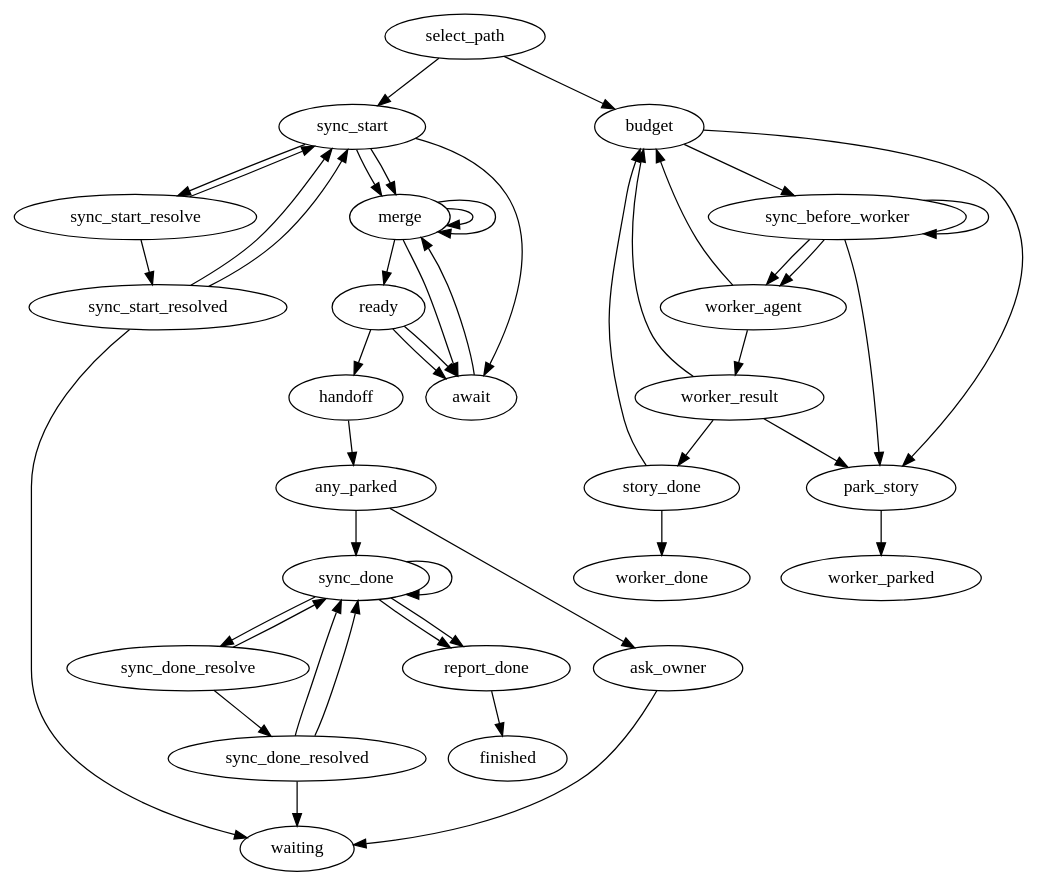
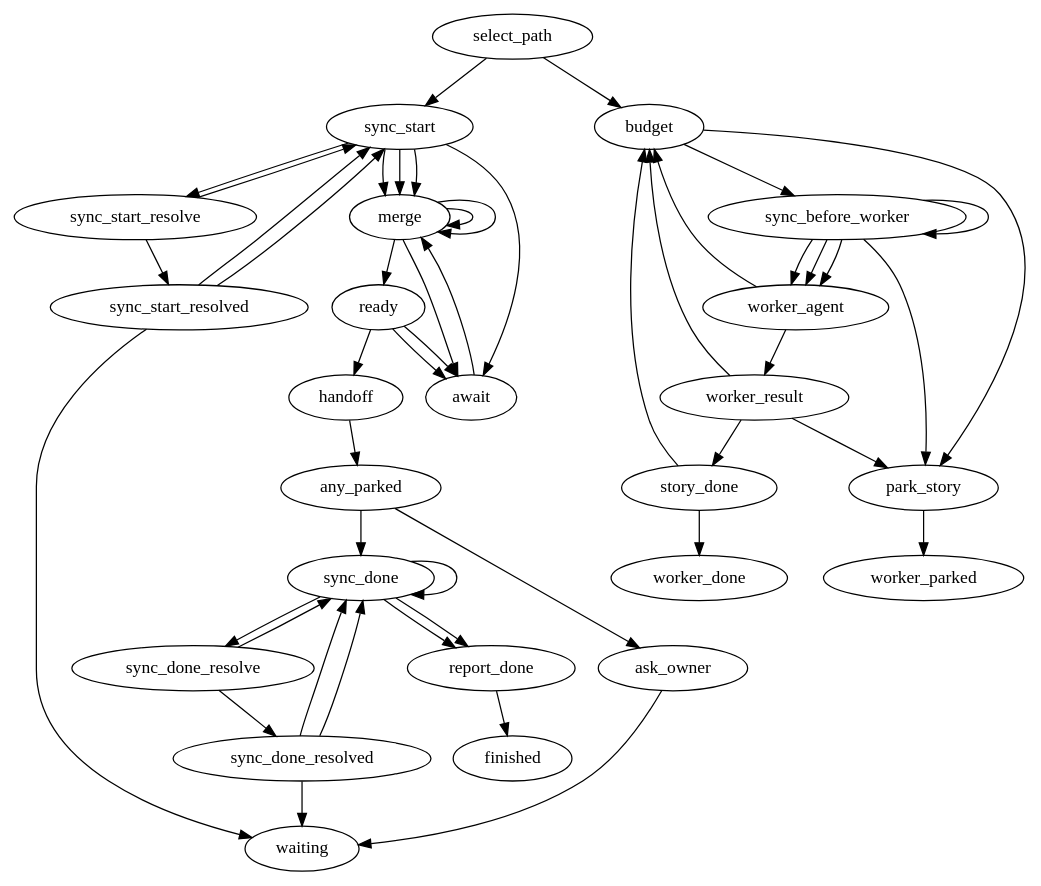
The diagram in internal/teamsource/implement/implement.dot (marioatcloudvane/litefactory), drawn with Graphviz before and after one commit. The commit also changed 88 other files, not shown here.

```diff
--- a/internal/teamsource/implement/implement.dot
+++ b/internal/teamsource/implement/implement.dot
@@ -1,136 +1,138 @@
 // Implement runs a managed feature as a graph. The factory decides which path a
 // run takes: the parent issue takes the coordinator path, and each story
 // sub-issue takes the worker path with a session, branch and worktree of its
 // own. Independent stories therefore build side by side, and a story that fails
 // does not stop the others.
 //
 // Coordinator (parent issue). It first brings the repository's base branch
 // (main) into the feature branch, so stories build on a current base. An owner
 // reply that resumes parked stories enters at this base sync again, so a fix
 // that reached main while the stories waited reaches them too. Then it
 // merges finished stories until none is left and starts every story that is
 // ready. While stories build it rests at await
 // and ends the run; it wakes when a story changes state. When no story can start
 // or finish, it writes the hand-off report. If any story is parked, it asks the
 // owner one question that lists them all and waits. If every story is merged,
 // it brings main in once more and reports completion on the parent once. When
 // main conflicts with the feature branch, a resolver agent merges it in the
 // parent's worktree and resolves the conflict; the factory saves a completed
 // answer and syncs again. Only a blocked resolver asks the owner. The
 // coordinator itself never writes code.
 //
 // Worker (story sub-issue). The repair budget is counted in the story ledger:
 // the first attempt and two repairs. Each permitted entry first synchronizes
 // the selected story base; conflicts or exhausted sync retries park the story.
 // One write-access agent writes the code and
 // its tailored unit tests and runs them. Only an accepted completed answer is
 // saved (committed and pushed), and only then is the story done. A blocked
 // answer parks the story at once with the agent's own reason. An incomplete
 // answer, a failed attempt or a failed save counts one attempt and goes back to
 // the budget decision; the next attempt receives the reason. An exhausted budget
 // parks the story with the last worker's own reason.
 //
 // This file is the only place the flow lives. Go supplies steps and never picks
 // the next step. Every node has a positive lf_limit; the limits on the coordinator
 // loop are sized for the largest story set plus owner resumes, and the worker
 // limits hold the three attempts plus the final park.
 digraph implement {
  graph [team="go-development", mode="implement", profile_version="1", start="select_path"];
 
  // ---- Path selection ---------------------------------------------------------
  select_path [lf_action="lf_implement_select", lf_outcomes="coordinator,worker", lf_limit="4"];
 
  // ---- Coordinator --------------------------------------------------------------
  merge      [lf_action="lf_implement_merge", lf_outcomes="merged,parked,none,retry", lf_limit="64"];
  ready      [lf_action="lf_implement_ready", lf_outcomes="started,waiting,drained", lf_limit="64"];
  await      [lf_action="lf_implement_await", lf_outcomes="go", lf_limit="64"];
  handoff    [lf_action="lf_implement_handoff", lf_outcomes="posted", lf_limit="16"];
  any_parked [lf_action="lf_implement_any_parked", lf_outcomes="true,false", lf_limit="16"];
  ask_owner  [lf_action="lf_implement_ask", lf_outcomes="published", lf_source="sync_start", lf_limit="16"];
  report_done [lf_action="lf_implement_report_done", lf_outcomes="published", lf_source="merge", lf_limit="16"];
 
  // ---- Base sync ------------------------------------------------------------------
- sync_start          [lf_action="lf_sync_base", lf_outcomes="synced,current,conflict,retry", lf_limit="32"];
+ sync_start          [lf_action="lf_sync_base", lf_outcomes="synced,current,conflict,retry,deferred", lf_limit="32"];
  sync_start_resolve  [lf_action="lf_agent", lf_outcomes="success,failed", lf_agent_markdown="sync-resolver", lf_skills="implement-result,litefactory-rules", lf_limit="3"];
  sync_start_resolved [lf_action="lf_implement_resolved", lf_outcomes="resolved,blocked,retry", lf_source="sync_start_resolve", lf_limit="3"];
  sync_done           [lf_action="lf_sync_base", lf_outcomes="synced,current,conflict,retry", lf_limit="8"];
  sync_done_resolve   [lf_action="lf_agent", lf_outcomes="success,failed", lf_agent_markdown="sync-resolver", lf_skills="implement-result,litefactory-rules", lf_limit="3"];
  sync_done_resolved  [lf_action="lf_implement_resolved", lf_outcomes="resolved,blocked,retry", lf_source="sync_done_resolve", lf_limit="3"];
 
  // ---- Worker -----------------------------------------------------------------------
- sync_before_worker [lf_action="lf_sync_base", lf_outcomes="synced,current,conflict,retry", lf_limit="8"];
+ sync_before_worker [lf_action="lf_sync_base", lf_outcomes="synced,current,conflict,retry,deferred", lf_limit="8"];
  budget        [lf_action="lf_implement_budget", lf_outcomes="run,park", lf_limit="8"];
  worker_agent  [lf_slot_budget="3", lf_action="lf_agent", lf_outcomes="success,failed", lf_agent_markdown="story-worker", lf_standards="story-worker", lf_skills="implement-result,litefactory-rules", lf_limit="3"];
  worker_result [lf_action="lf_implement_result", lf_outcomes="completed,incomplete,blocked", lf_source="worker_agent", lf_limit="3"];
  story_done    [lf_action="lf_implement_story_done", lf_outcomes="done,retry", lf_limit="3"];
  park_story    [lf_action="lf_implement_park", lf_outcomes="parked", lf_limit="4"];
 
  // ---- Terminals ------------------------------------------------------------------------
  waiting       [lf_terminal="true"];
  finished      [lf_terminal="true"];
  worker_done   [lf_terminal="true"];
  worker_parked [lf_terminal="true"];
 
  select_path -> sync_start [lf_on="coordinator"];
  select_path -> budget     [lf_on="worker"];
 
  // Coordinator start: bring main into the feature branch before any story
  // starts. A conflict goes to the resolver; a completed resolution is saved and
  // the sync runs again. A busy or moved branch rests at await and goes on.
  sync_start          -> merge               [lf_on="synced"];
  sync_start          -> merge               [lf_on="current"];
+ sync_start          -> merge               [lf_on="deferred"];
  sync_start          -> sync_start_resolve  [lf_on="conflict"];
  sync_start          -> await               [lf_on="retry"];
  sync_start_resolve  -> sync_start_resolved [lf_on="success"];
  sync_start_resolve  -> sync_start          [lf_on="failed"];
  sync_start_resolved -> sync_start          [lf_on="resolved"];
  sync_start_resolved -> sync_start          [lf_on="retry"];
  sync_start_resolved -> waiting             [lf_on="blocked"];
 
  // Coordinator: merge until none, then ready. A started or waiting result rests
  // at await; a drained one is the end of the work.
  merge -> merge   [lf_on="merged"];
  merge -> merge   [lf_on="parked"];
  merge -> ready   [lf_on="none"];
  merge -> await   [lf_on="retry"];
  ready -> await   [lf_on="started"];
  ready -> await   [lf_on="waiting"];
  ready -> handoff [lf_on="drained"];
  await -> merge   [lf_on="go"];
 
  // After the hand-off, one question for every parked story, or main once more
  // and the completion reply and finish.
  handoff     -> any_parked  [lf_on="posted"];
  any_parked  -> ask_owner   [lf_on="true"];
  any_parked  -> sync_done   [lf_on="false"];
  ask_owner   -> waiting     [lf_on="published"];
  report_done -> finished    [lf_on="published"];
 
  // Coordinator end: bring main in again before the completion reply.
  sync_done          -> report_done        [lf_on="synced"];
  sync_done          -> report_done        [lf_on="current"];
  sync_done          -> sync_done_resolve  [lf_on="conflict"];
  sync_done          -> sync_done          [lf_on="retry"];
  sync_done_resolve  -> sync_done_resolved [lf_on="success"];
  sync_done_resolve  -> sync_done          [lf_on="failed"];
  sync_done_resolved -> sync_done          [lf_on="resolved"];
  sync_done_resolved -> sync_done          [lf_on="retry"];
  sync_done_resolved -> waiting            [lf_on="blocked"];
 
  // Worker: budget, then synchronize the selected story base before the agent. Completed is saved; blocked parks at once. An
  // incomplete answer, a failed attempt or a failed save goes back to the budget.
  budget        -> sync_before_worker [lf_on="run"];
  sync_before_worker -> worker_agent [lf_on="synced"];
  sync_before_worker -> worker_agent [lf_on="current"];
+ sync_before_worker -> worker_agent [lf_on="deferred"];
  sync_before_worker -> sync_before_worker [lf_on="retry"];
  sync_before_worker -> park_story [lf_on="conflict"];
  budget        -> park_story    [lf_on="park"];
  worker_agent  -> worker_result [lf_on="success"];
  worker_agent  -> budget        [lf_on="failed"];
  worker_result -> story_done    [lf_on="completed"];
  worker_result -> budget        [lf_on="incomplete"];
  worker_result -> park_story    [lf_on="blocked"];
  story_done    -> worker_done   [lf_on="done"];
  story_done    -> budget        [lf_on="retry"];
  park_story    -> worker_parked [lf_on="parked"];
 }
```
